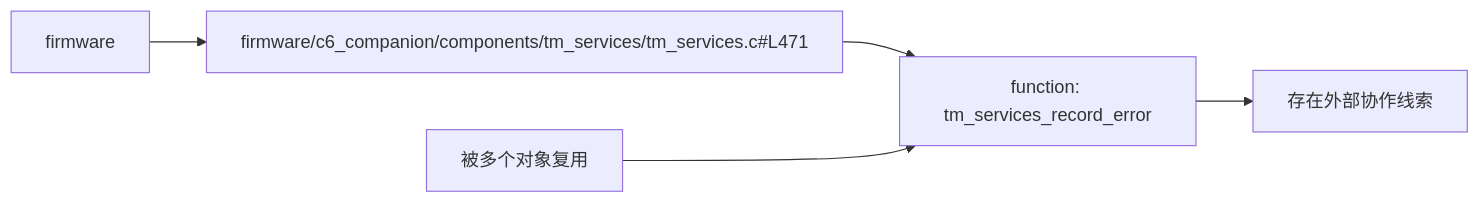
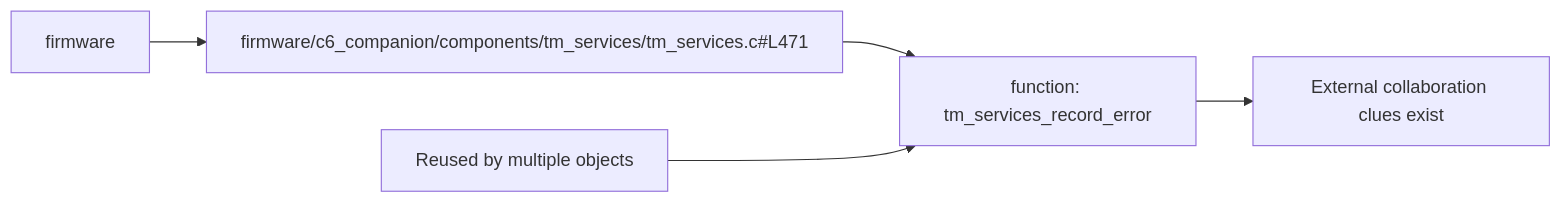
One commit to manmuqingshan/trail-mate changed the diagram in docs/engineering/component-diagrams/firmware-tm_services_record_error/component-diagram.md. Above: the diagram before and after it, drawn with Mermaid. The commit also changed other lines of this file and 527 other files, not shown here.

````diff
--- a/docs/engineering/component-diagrams/firmware-tm_services_record_error/component-diagram.md
+++ b/docs/engineering/component-diagrams/firmware-tm_services_record_error/component-diagram.md
@@ -40,10 +40,10 @@
 ```mermaid
 flowchart LR
   package_node["firmware"]
   file_node["firmware/c6_companion/components/tm_services/tm_services.c#L471"]
   component_node["function: tm_services_record_error"]
   package_node --> file_node
   file_node --> component_node
-  component_node --> outgoingRelations["存在外部协作线索"]
-  incomingRelations["被多个对象复用"] --> component_node
+ component_node --> outgoingRelations["External collaboration clues exist"]
+ incomingRelations["Reused by multiple objects"] --> component_node
 ```
````
